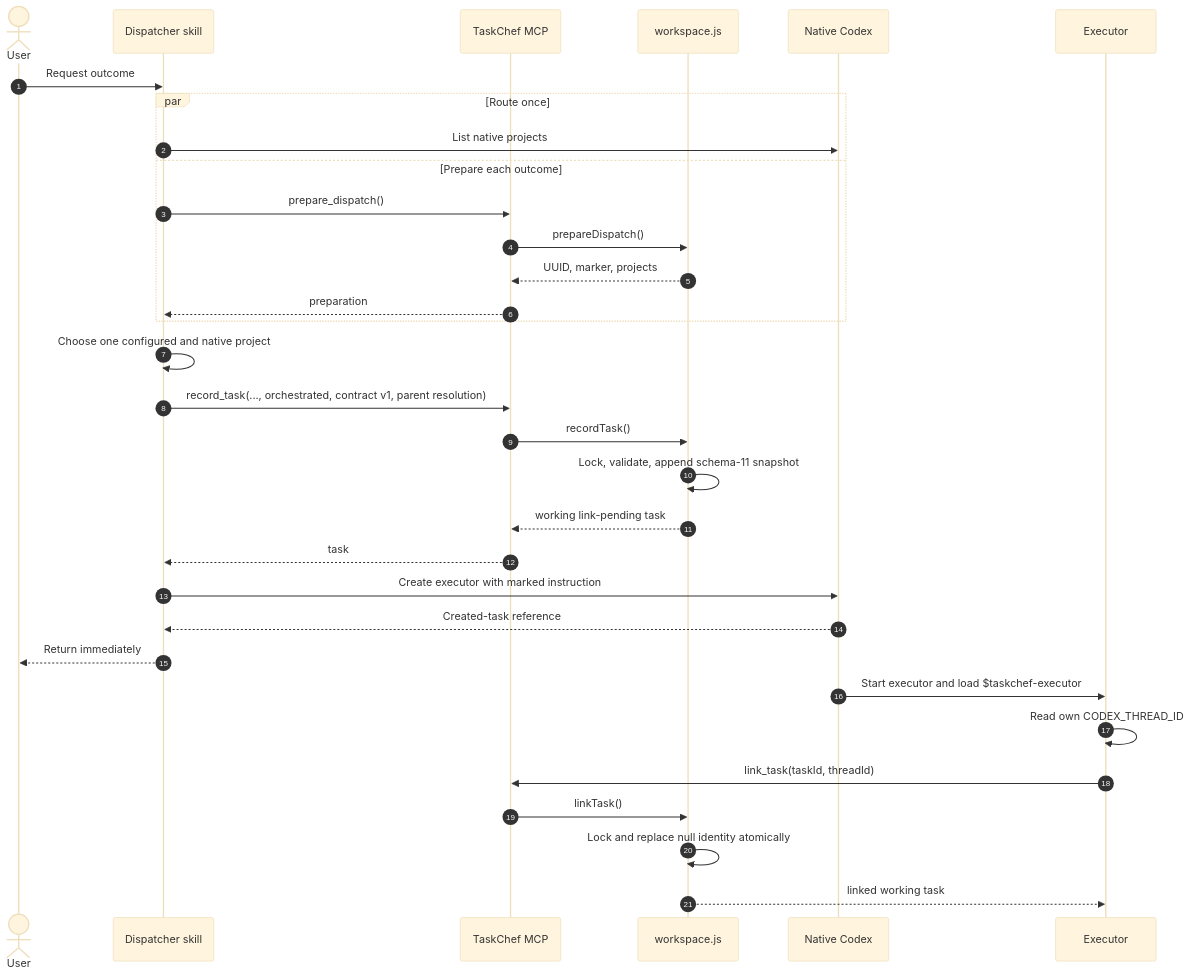
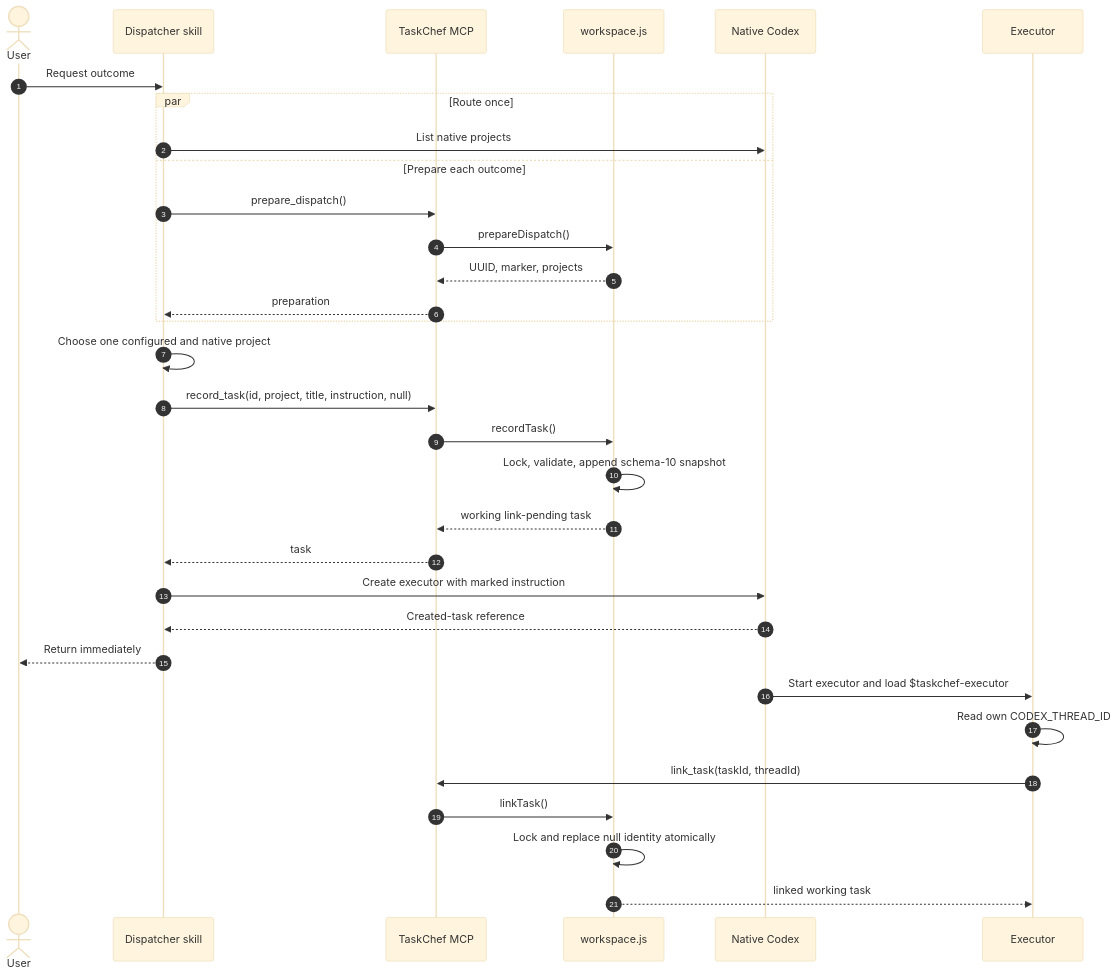
One commit to favoyang/taskchef changed the second of 8 diagrams in docs/workflows.md. Above: the diagram before and after it, drawn with Mermaid (base theme). The commit also changed other lines of this file and 31 other files, not shown here.

````diff
--- a/docs/workflows.md
+++ b/docs/workflows.md
@@ -114,34 +113,34 @@
 ```mermaid
 sequenceDiagram
   autonumber
   actor U as User
   participant D as Dispatcher skill
   participant M as TaskChef MCP
   participant W as workspace.js
   participant C as Native Codex
   participant E as Executor
   U->>D: Request outcome
   par Route once
     D->>C: List native projects
   and Prepare each outcome
     D->>M: prepare_dispatch()
     M->>W: prepareDispatch()
     W-->>M: UUID, marker, projects
     M-->>D: preparation
   end
   D->>D: Choose one configured and native project
-  D->>M: record_task(..., orchestrated, contract v1, parent resolution)
+  D->>M: record_task(id, project, title, instruction, null)
   M->>W: recordTask()
-  W->>W: Lock, validate, append schema-11 snapshot
+  W->>W: Lock, validate, append schema-10 snapshot
   W-->>M: working link-pending task
   M-->>D: task
   D->>C: Create executor with marked instruction
   C-->>D: Created-task reference
   D-->>U: Return immediately
   C->>E: Start executor and load $taskchef-executor
   E->>E: Read own CODEX_THREAD_ID
   E->>M: link_task(taskId, threadId)
   M->>W: linkTask()
   W->>W: Lock and replace null identity atomically
   W-->>E: linked working task
 ```
````
